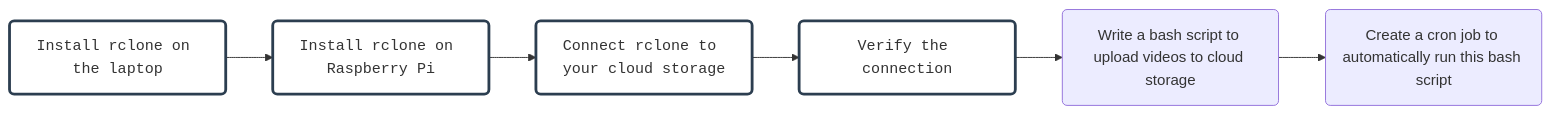
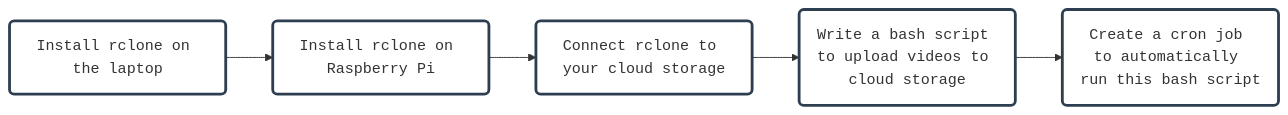
Before and after one commit to AninditaBasu/pi-projects: the diagram in _includes/mermaid_rclone_setup.md, drawn with Mermaid. The commit also changed 3 other files, not shown here.

```diff
--- a/_includes/mermaid_rclone_setup.md
+++ b/_includes/mermaid_rclone_setup.md
@@ -1,11 +1,10 @@
 <div class="mermaid">
 flowchart LR
     A(Install rclone on the laptop) --> B(Install rclone on Raspberry Pi)
     B --> C(Connect rclone to your cloud storage)
-    C --> D(Verify the connection)
-	D --> E(Write a bash script to upload videos to cloud storage)
-	E --> F(Create a cron job to automatically run this bash script)
+    C --> D(Write a bash script to upload videos to cloud storage)
+	D --> E(Create a cron job to automatically run this bash script)
 	
 	classDef boxstyle fill:white,stroke:#2c3e50,stroke-width:3px,font-family: monospace;
-    class A,B,C,D boxstyle;
+    class A,B,C,D,E boxstyle;
 </div>
```
